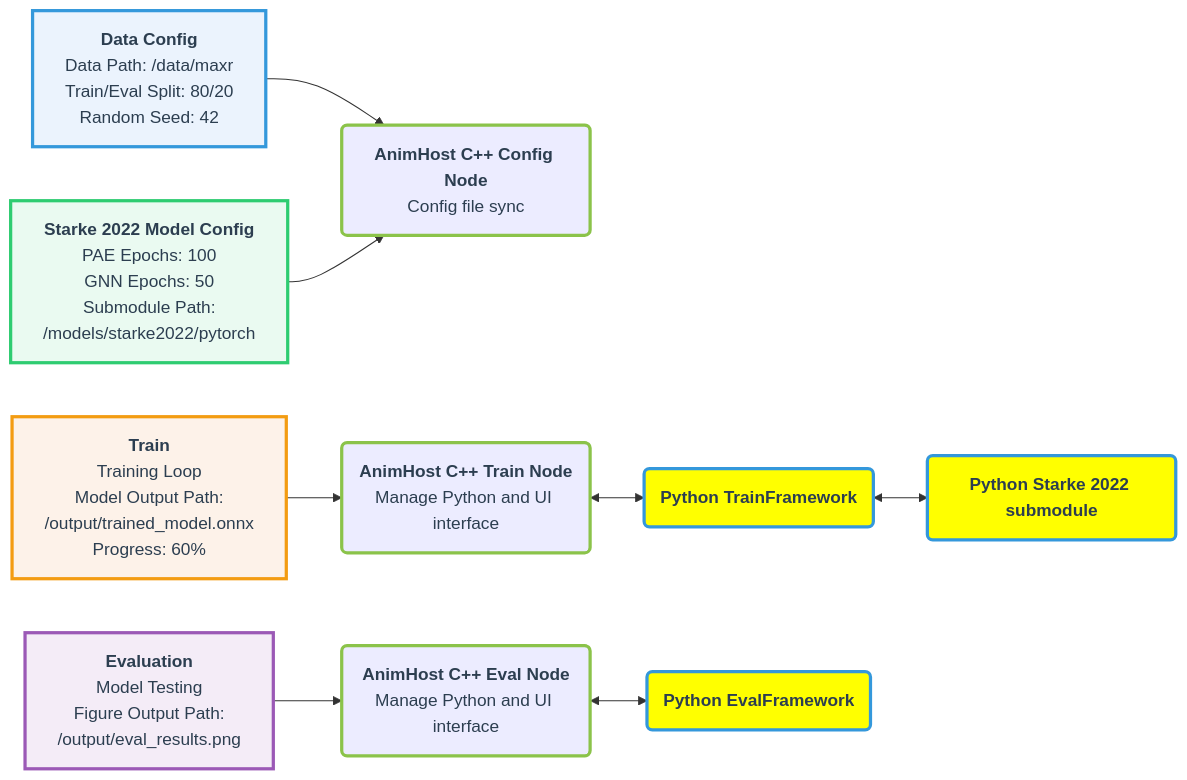
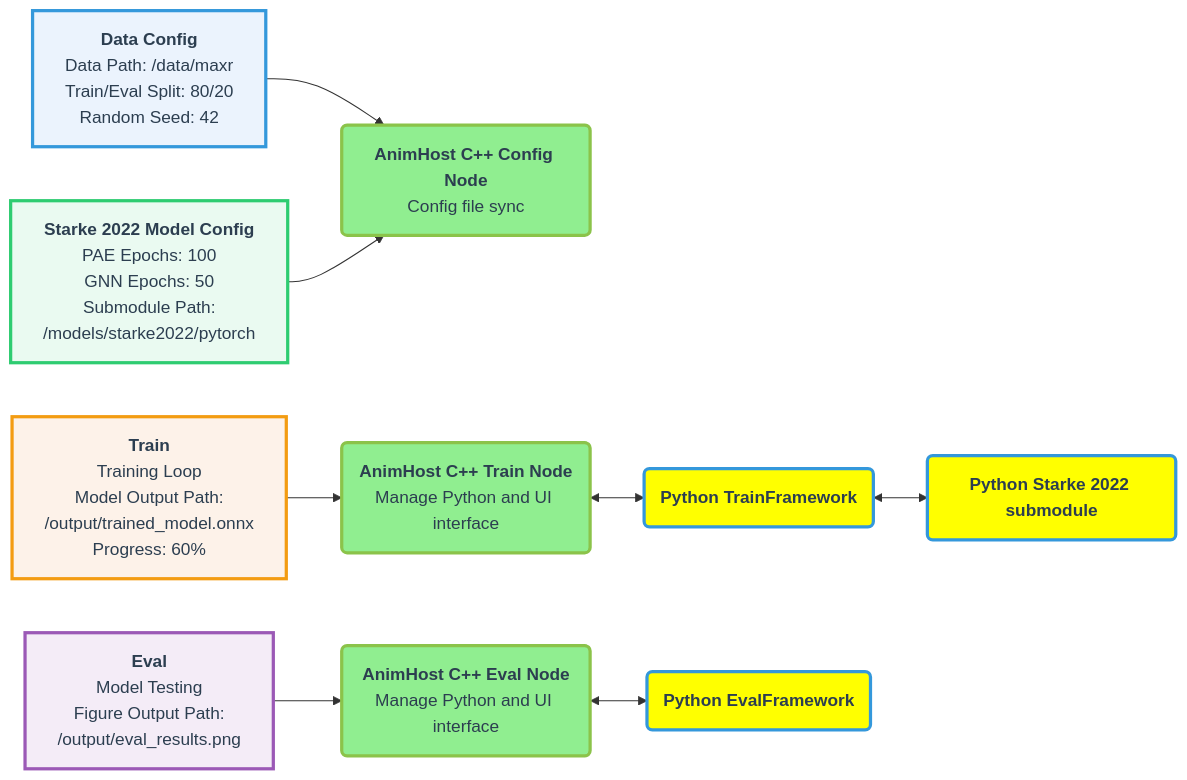
One commit to FilmakademieRnd/AnimHost changed the diagram in doc/integration_pipeline.md. Above: the diagram before and after it, drawn with Mermaid. The commit also changed 4 other files, not shown here.

Commit message:
design doc v1 mermaid and code snippets

````diff
--- a/doc/integration_pipeline.md
+++ b/doc/integration_pipeline.md
@@ -3,43 +3,43 @@
 ```mermaid
 graph LR
     %% User Interface Nodes
     A["<b>Data Config</b><br/>Data Path: /data/maxr<br/>Train/Eval Split: 80/20<br/>Random Seed: 42"]
     B["<b>Starke 2022 Model Config</b><br/>PAE Epochs: 100<br/>GNN Epochs: 50<br/>Submodule Path:<br/>/models/starke2022/pytorch"]
     C["<b>Train</b><br/>Training Loop<br/>Model Output Path:<br/>/output/trained_model.onnx<br/>Progress: 60%"]
-    D["<b>Evaluation</b><br/>Model Testing<br/>Figure Output Path:<br/>/output/eval_results.png"]
+    D["<b>Eval</b><br/>Model Testing<br/>Figure Output Path:<br/>/output/eval_results.png"]
     
     %% Implementation Nodes
     E("<b>AnimHost C++ Config Node</b><br/>Config file sync")
     F("<b>AnimHost C++ Train Node</b><br/>Manage Python and UI interface")
     G("<b>AnimHost C++ Eval Node</b><br/>Manage Python and UI interface")
     
     %% Python Framework Nodes
     H("<b>Python TrainFramework</b>")
     I("<b>Python EvalFramework</b>")
     J("<b>Python Starke 2022 submodule</b>")
     
     %% Connections
     A --> E
     B --> E
     C --> F
     D --> G
     
     F <--> H
     G <--> I
     H <--> J
     
     %% Node Styling
     classDef dataNode fill:#ebf3fd,stroke:#3498db,stroke-width:3px,color:#2c3e50
     classDef modelNode fill:#eafaf1,stroke:#2ecc71,stroke-width:3px,color:#2c3e50
     classDef trainNode fill:#fdf2e9,stroke:#f39c12,stroke-width:3px,color:#2c3e50
     classDef evalNode fill:#f4ecf7,stroke:#9b59b6,stroke-width:3px,color:#2c3e50
-    classDef cppNode fill:#fill:#90EE90,stroke:#8BC34A,stroke-width:3px,color:#2c3e50
+    classDef cppNode fill:#90EE90,stroke:#8BC34A,stroke-width:3px,color:#2c3e50
     classDef pythonNode fill:#FFFF00,stroke:#3498db,stroke-width:3px,color:#2c3e50
     
     class A dataNode
     class B modelNode
     class C trainNode
     class D evalNode
     class E,F,G cppNode
     class H,I,J pythonNode
 ```
````
